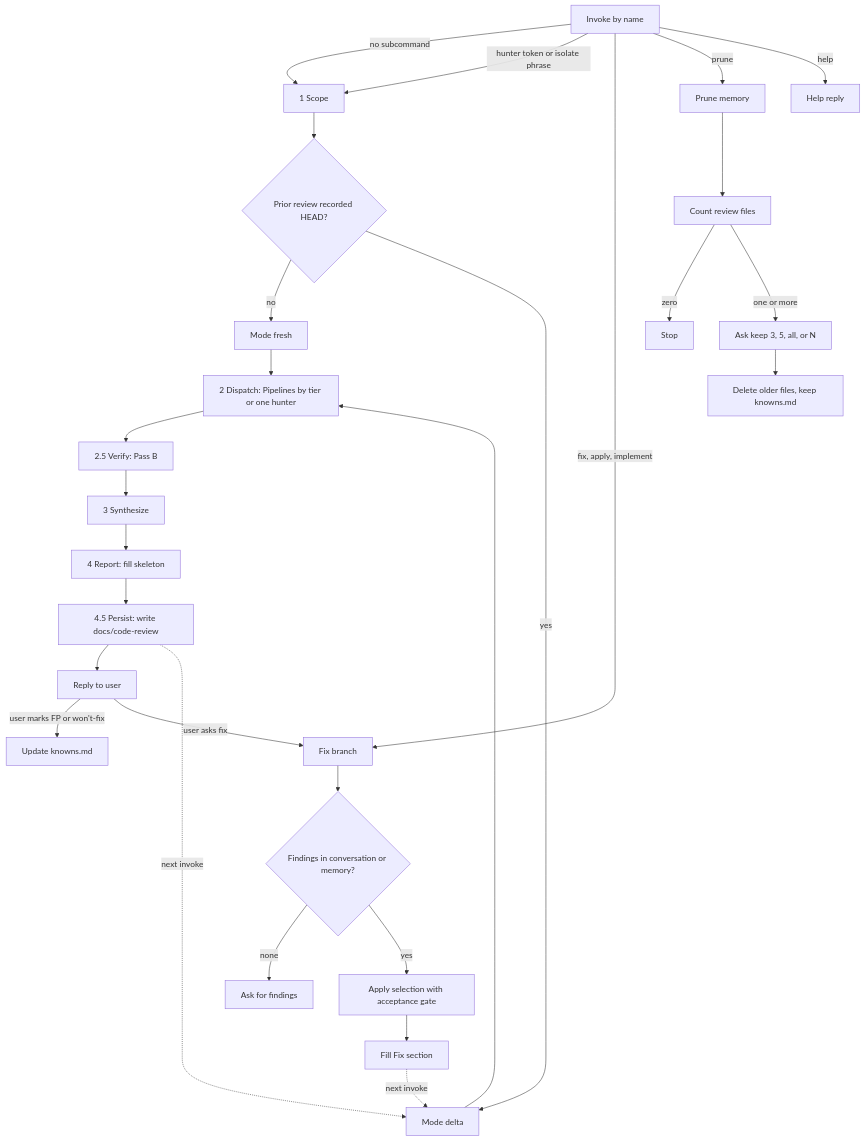
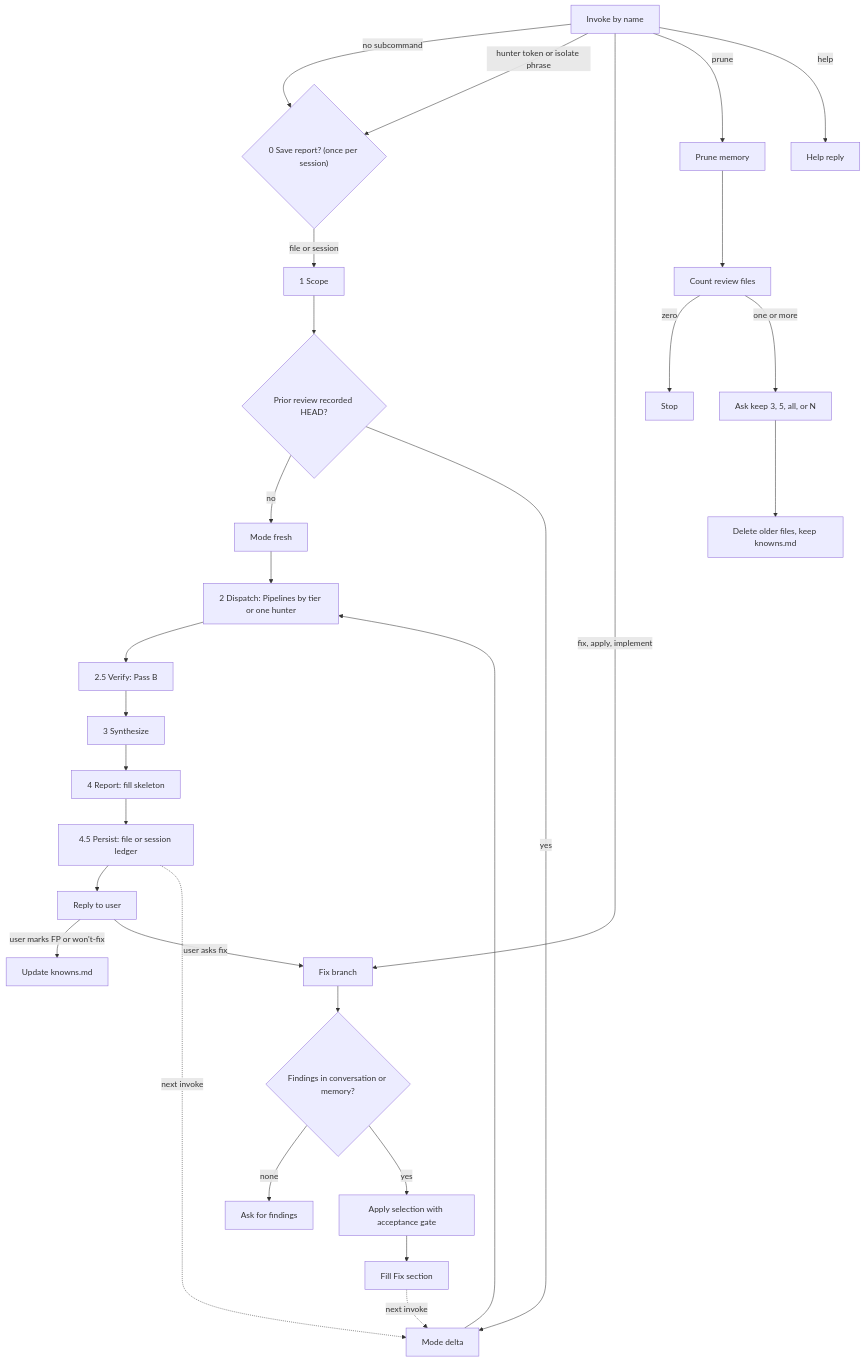
Before and after one commit to diegoos/skills: the diagram in skills/code-review-plus/README.md, drawn with Mermaid. The commit also changed other lines of this file and 17 other files, not shown here.

First line of the commit message:
refactor(code-review-plus): add save choice and session ledger

````diff
--- a/skills/code-review-plus/README.md
+++ b/skills/code-review-plus/README.md
@@ -37,31 +37,32 @@
 ```mermaid
 flowchart TD
   invoke[Invoke by name]
-  invoke -->|no subcommand| scope[1 Scope]
-  invoke -->|hunter token or isolate phrase| scope
+  invoke -->|no subcommand| save{"0 Save report? (once per session)"}
+  invoke -->|hunter token or isolate phrase| save
+  save -->|file or session| scope[1 Scope]
   invoke -->|fix, apply, implement| fix[Fix branch]
   invoke -->|prune| prune[Prune memory]
   invoke -->|help| help[Help reply]
   scope --> mode{Prior review recorded HEAD?}
   mode -->|no| fresh[Mode fresh]
   mode -->|yes| delta[Mode delta]
   fresh --> dispatch["2 Dispatch: Pipelines by tier or one hunter"]
   delta --> dispatch
   dispatch --> verify["2.5 Verify: Pass B"]
   verify --> synth[3 Synthesize]
   synth --> report["4 Report: fill skeleton"]
-  report --> persist["4.5 Persist: write docs/code-review"]
+  report --> persist["4.5 Persist: file or session ledger"]
   persist --> emit[Reply to user]
   emit -->|"user marks FP or won't-fix"| knowns[Update knowns.md]
   emit -->|user asks fix| fix
   fix --> load{Findings in conversation or memory?}
   load -->|none| askList[Ask for findings]
   load -->|yes| apply[Apply selection with acceptance gate]
   apply --> fillFix[Fill Fix section]
   persist -.->|next invoke| delta
   fillFix -.->|next invoke| delta
   prune --> count[Count review files]
   count -->|zero| stop[Stop]
   count -->|one or more| ask[Ask keep 3, 5, all, or N]
   ask --> dropOld[Delete older files, keep knowns.md]
 ```
````
